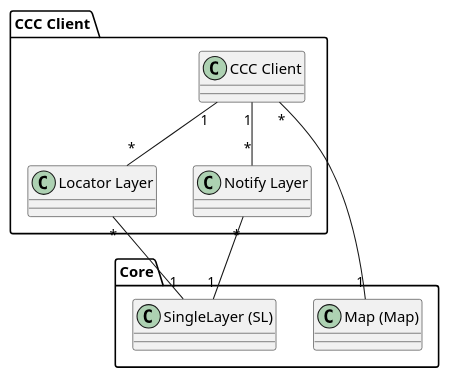
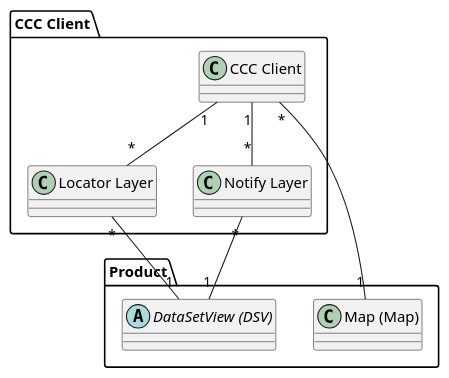
Before and after one commit to sogis/simi: the diagram in simi/doc/puml/src/simi_ccc.puml, drawn with PlantUML. The commit also changed 8 other files, not shown here.

Commit message:
sl2dsv: puml diagrams

```diff
--- a/simi/doc/puml/src/simi_ccc.puml
+++ b/simi/doc/puml/src/simi_ccc.puml
@@ -1,28 +1,25 @@
 @startuml
-package "Core" {
-  class "SingleLayer (SL)" as sl{}
-
-
-
+package "Product" {
+  abstract class "DataSetView (DSV)" as dsv
   class "Map (Map)" as map {}
 }
 
 
 package "CCC Client" {
 
   class "CCC Client" as ccc {}
 
   class "Locator Layer" as ll {}
 
   class "Notify Layer" as nl {}
 
 
   ccc "*" -- "1" map
 
   ccc "1" -- "*" ll
-  ll "*" -- "1" sl
+  ll "*" -- "1" dsv
 
   ccc "1" -- "*" nl
-  nl "*" -- "1" sl
+  nl "*" -- "1" dsv
 }
 @enduml
```
